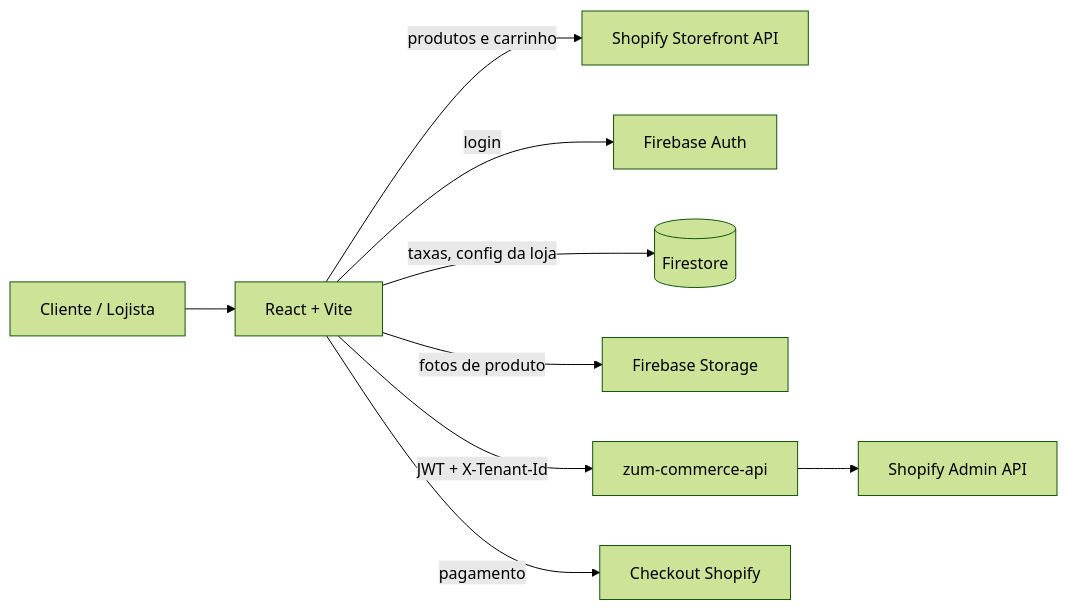
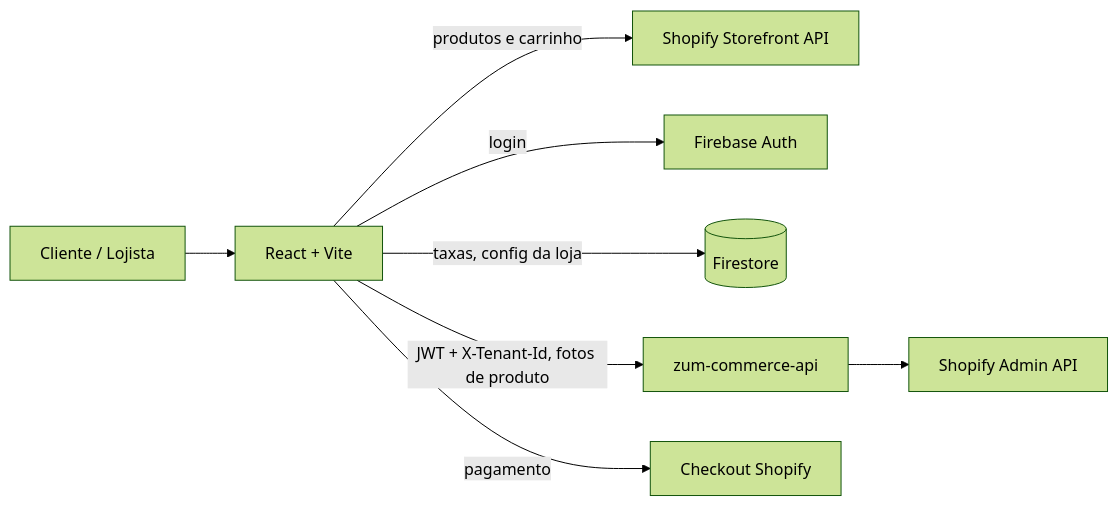
Before and after one commit to luizsalves/zum-commerce: the diagram in ARCHITECTURE.md, drawn with Mermaid (forest theme). The commit also changed other lines of this file and 8 other files, not shown here.

````diff
--- a/ARCHITECTURE.md
+++ b/ARCHITECTURE.md
@@ -5,11 +5,10 @@
 ```mermaid
 flowchart LR
   U[Cliente / Lojista] --> F[React + Vite]
   F -->|produtos e carrinho| SF[Shopify Storefront API]
   F -->|login| AUTH[Firebase Auth]
   F -->|taxas, config da loja| FS[(Firestore)]
-  F -->|fotos de produto| ST[Firebase Storage]
-  F -->|JWT + X-Tenant-Id| API[zum-commerce-api]
+  F -->|JWT + X-Tenant-Id, fotos de produto| API[zum-commerce-api]
   API --> ADMIN[Shopify Admin API]
   F -->|pagamento| CO[Checkout Shopify]
 ```
````
